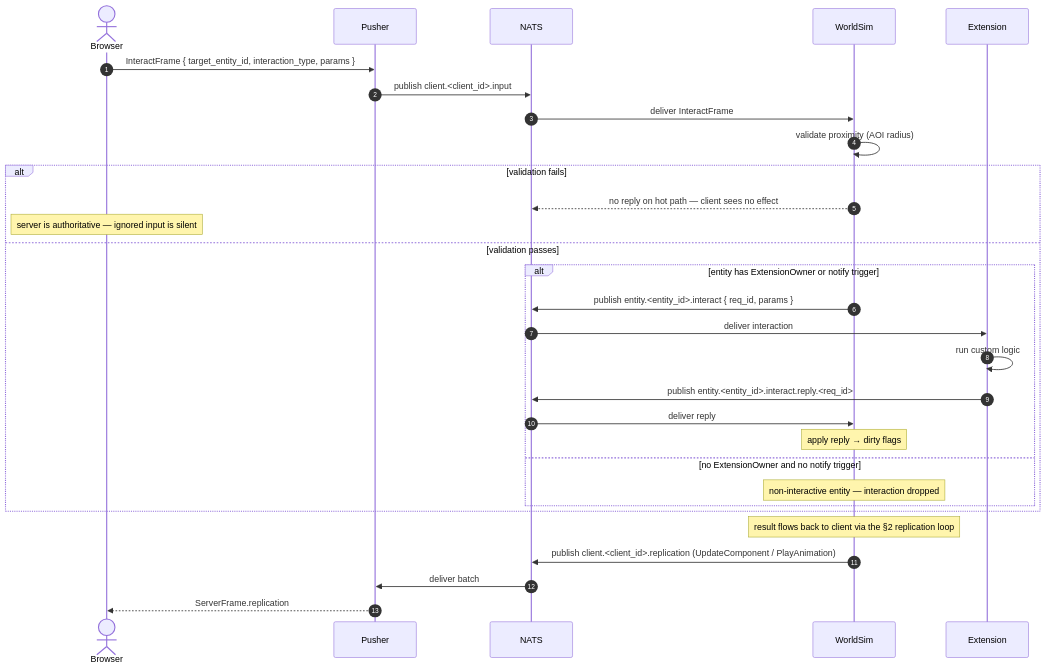
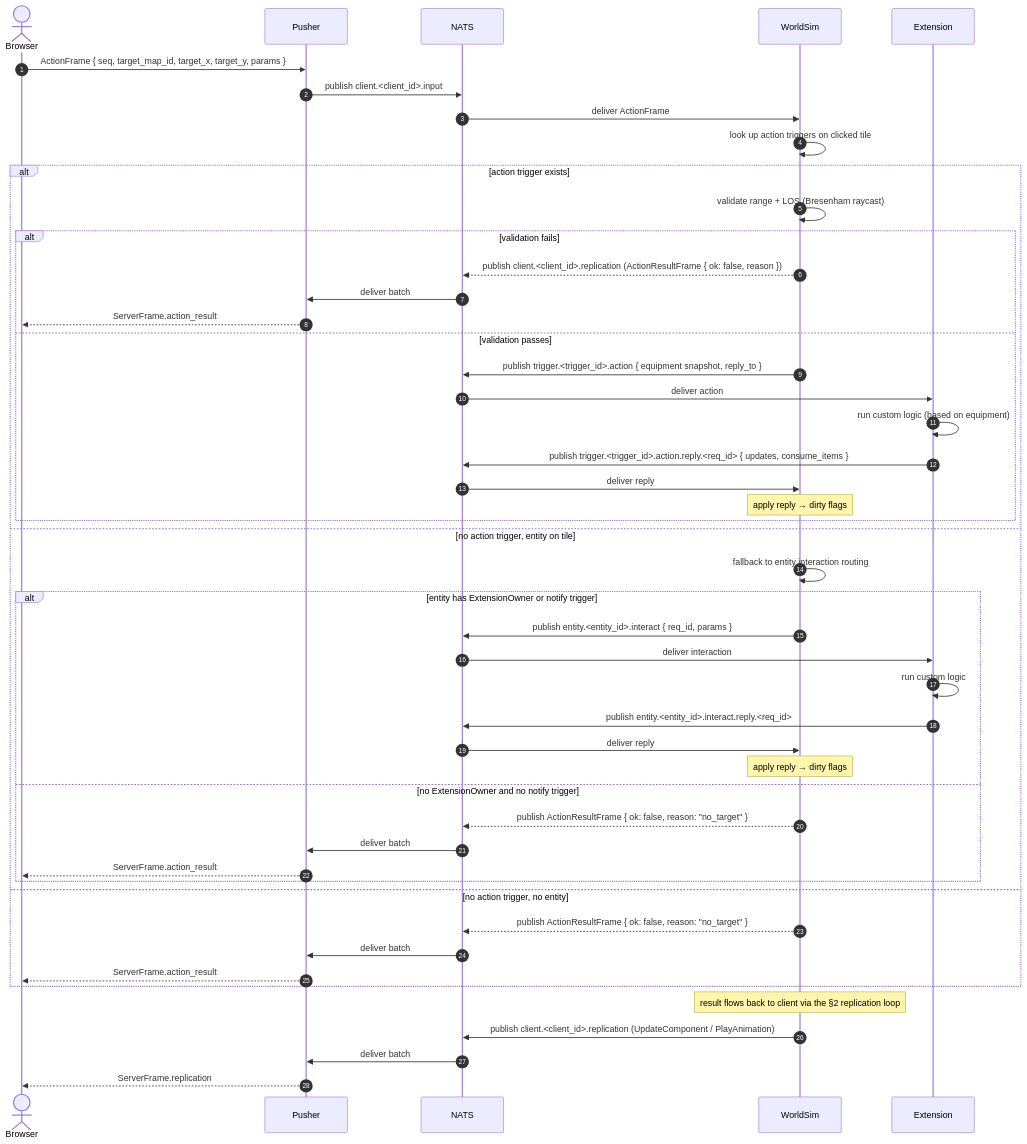
The third of 6 diagrams in documentation/networking-sequences.md (lstep/PixelEruv), drawn with Mermaid before and after one commit. The commit also changed other lines of this file and 14 other files, not shown here.

Commit message:
Add action triggers with range/LOS validation and update interaction flow to ActionFrame

````diff
--- a/documentation/networking-sequences.md
+++ b/documentation/networking-sequences.md
@@ -119,36 +122,54 @@
 ```mermaid
 sequenceDiagram
     autonumber
     actor B as Browser
     participant P as Pusher
     participant N as NATS
     participant W as WorldSim
     participant E as Extension
 
-    B->>P: InteractFrame { target_entity_id, interaction_type, params }
+    B->>P: ActionFrame { seq, target_map_id, target_x, target_y, params }
     P->>N: publish client.<client_id>.input
-    N->>W: deliver InteractFrame
+    N->>W: deliver ActionFrame
 
-    W->>W: validate proximity (AOI radius)
+    W->>W: look up action triggers on clicked tile
 
-    alt validation fails
-        W-->>N: no reply on hot path — client sees no effect
-        Note over B: server is authoritative — ignored input is silent
-    else validation passes
+    alt action trigger exists
+        W->>W: validate range + LOS (Bresenham raycast)
+        alt validation fails
+            W-->>N: publish client.<client_id>.replication (ActionResultFrame { ok: false, reason })
+            N->>P: deliver batch
+            P-->>B: ServerFrame.action_result
+        else validation passes
+            W->>N: publish trigger.<trigger_id>.action { equipment snapshot, reply_to }
+            N->>E: deliver action
+            E->>E: run custom logic (based on equipment)
+            E->>N: publish trigger.<trigger_id>.action.reply.<req_id> { updates, consume_items }
+            N->>W: deliver reply
+            Note over W: apply reply → dirty flags
+        end
+    else no action trigger, entity on tile
+        W->>W: fallback to entity interaction routing
         alt entity has ExtensionOwner or notify trigger
             W->>N: publish entity.<entity_id>.interact { req_id, params }
             N->>E: deliver interaction
             E->>E: run custom logic
             E->>N: publish entity.<entity_id>.interact.reply.<req_id>
             N->>W: deliver reply
             Note over W: apply reply → dirty flags
         else no ExtensionOwner and no notify trigger
-            Note over W: non-interactive entity — interaction dropped
+            W-->>N: publish ActionResultFrame { ok: false, reason: "no_target" }
+            N->>P: deliver batch
+            P-->>B: ServerFrame.action_result
         end
+    else no action trigger, no entity
+        W-->>N: publish ActionResultFrame { ok: false, reason: "no_target" }
+        N->>P: deliver batch
+        P-->>B: ServerFrame.action_result
     end
 
     Note over W: result flows back to client via the §2 replication loop
     W->>N: publish client.<client_id>.replication (UpdateComponent / PlayAnimation)
     N->>P: deliver batch
     P-->>B: ServerFrame.replication
 ```
````
